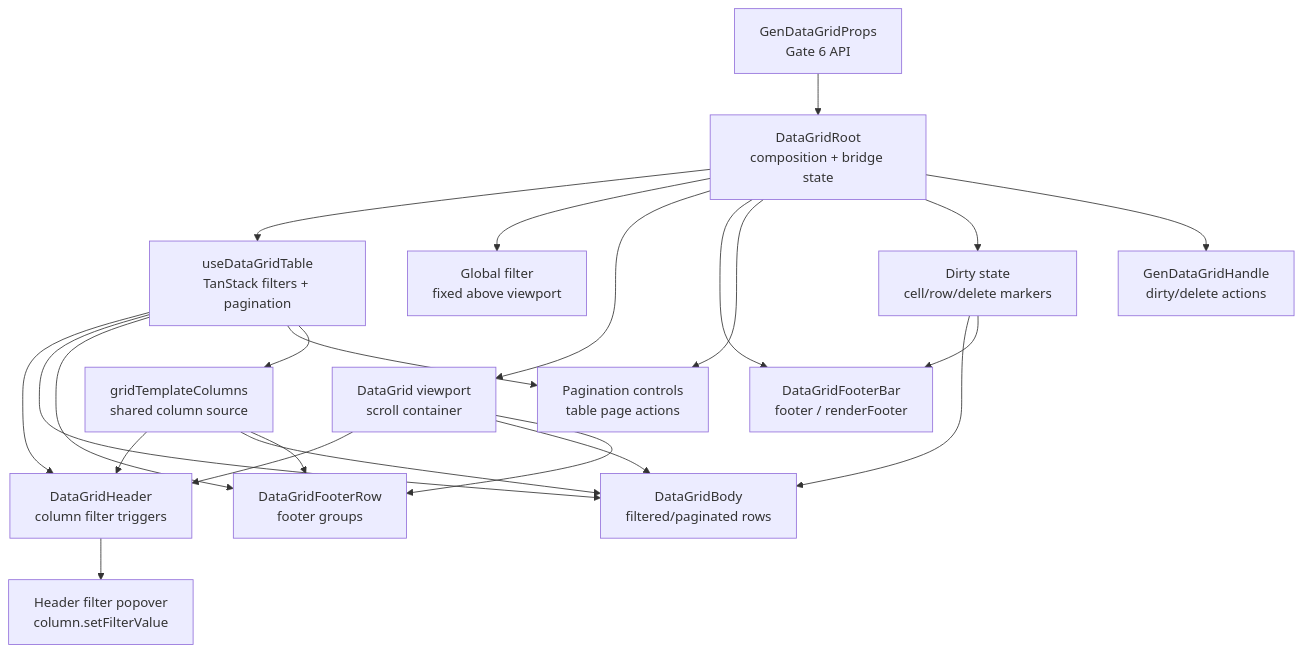
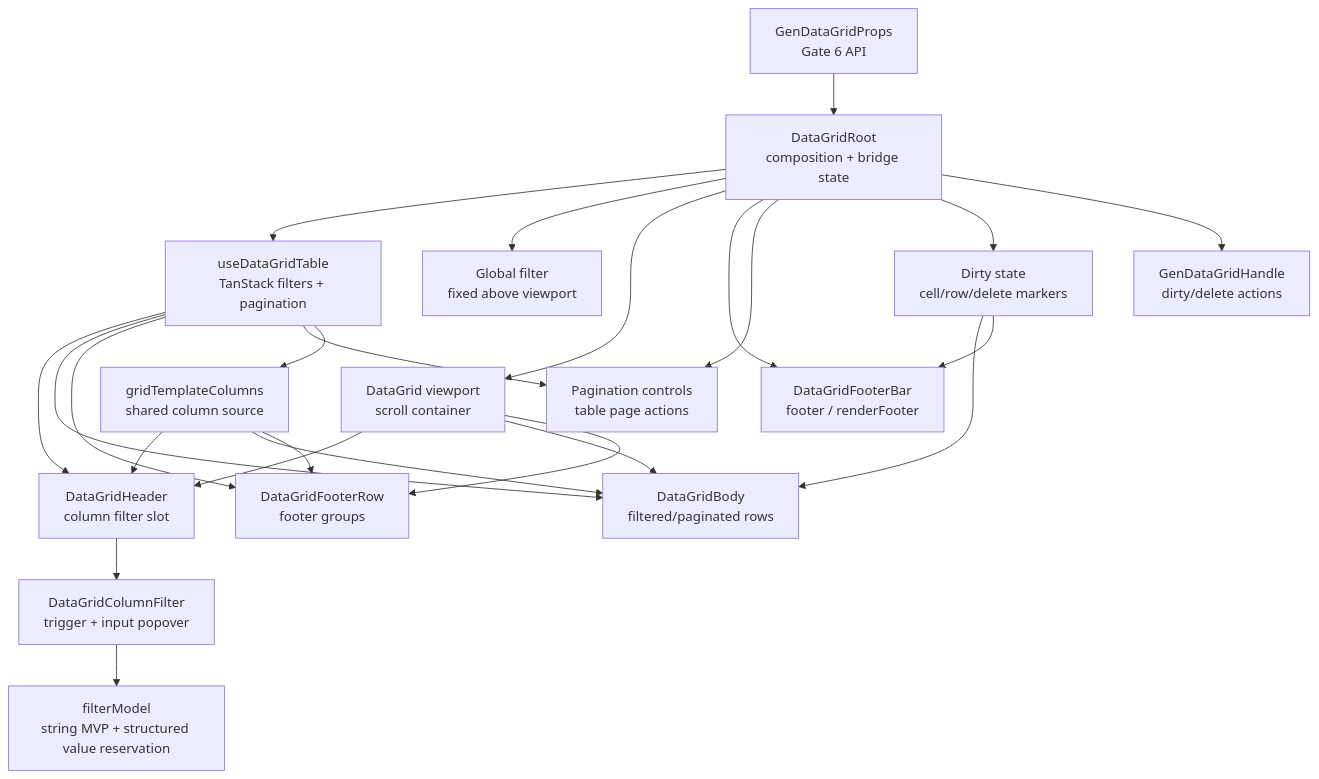
One commit to truerain/gen-office-frontend changed the first of 3 diagrams in packages/gen-datagrid/docs/architecture/gate-6-architecture.md. Above: the diagram before and after it, drawn with Mermaid. The commit also changed other lines of this file and 13 other files, not shown here.

````diff
--- a/packages/gen-datagrid/docs/architecture/gate-6-architecture.md
+++ b/packages/gen-datagrid/docs/architecture/gate-6-architecture.md
@@ -34,40 +35,42 @@
 ```mermaid
 flowchart TD
   Props["GenDataGridProps<br/>Gate 6 API"]
   Root["DataGridRoot<br/>composition + bridge state"]
   Table["useDataGridTable<br/>TanStack filters + pagination"]
   GlobalFilter["Global filter<br/>fixed above viewport"]
   Viewport["DataGrid viewport<br/>scroll container"]
-  Header["DataGridHeader<br/>column filter triggers"]
-  FilterPopover["Header filter popover<br/>column.setFilterValue"]
+  Header["DataGridHeader<br/>column filter slot"]
+  FilterModel["filterModel<br/>string MVP + structured value reservation"]
+  FilterPopover["DataGridColumnFilter<br/>trigger + input popover"]
   Body["DataGridBody<br/>filtered/paginated rows"]
   FooterRow["DataGridFooterRow<br/>footer groups"]
   ExternalFooter["DataGridFooterBar<br/>footer / renderFooter"]
   Pagination["Pagination controls<br/>table page actions"]
   Dirty["Dirty state<br/>cell/row/delete markers"]
   Handle["GenDataGridHandle<br/>dirty/delete actions"]
   Template["gridTemplateColumns<br/>shared column source"]
 
   Props --> Root
   Root --> Table
   Root --> GlobalFilter
   Root --> Viewport
   Viewport --> Header
   Viewport --> Body
   Viewport --> FooterRow
   Root --> ExternalFooter
   Root --> Pagination
   Root --> Dirty
   Root --> Handle
   Table --> Header
   Table --> Body
   Table --> FooterRow
   Table --> Pagination
   Header --> FilterPopover
+  FilterPopover --> FilterModel
   Table --> Template
   Template --> Header
   Template --> Body
   Template --> FooterRow
   Dirty --> Body
   Dirty --> ExternalFooter
 ```
````
